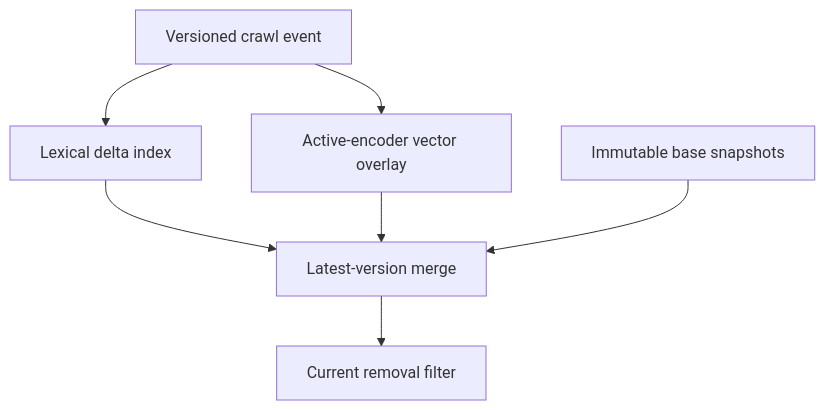
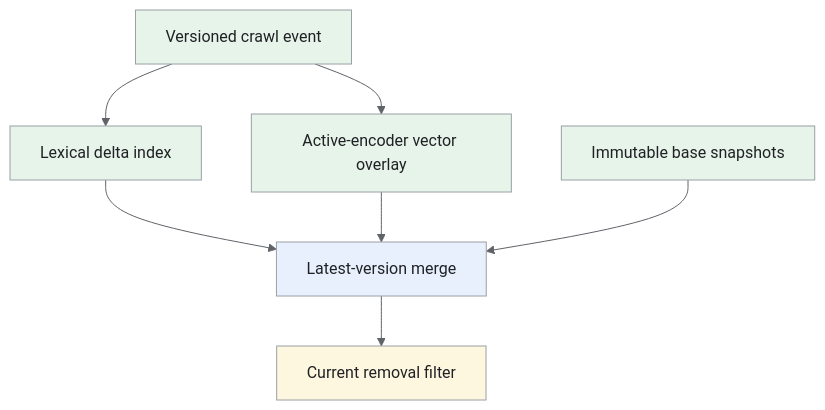
Before and after one commit to iliazlobin/iliazlobin.github.io: the fourth of 4 diagrams in _designs/system-design-ml-search-ranking-web-search.md, drawn with Mermaid. The commit also changed other lines of this file and 25 other files, not shown here.

Commit message:
docs: explain Batch B design flows and tradeoffs

````diff
--- a/_designs/system-design-ml-search-ranking-web-search.md
+++ b/_designs/system-design-ml-search-ranking-web-search.md
@@ -269,9 +331,17 @@
 ```mermaid
+%%{init: {'theme':'base','themeVariables':{'primaryColor':'#e8f0fe','primaryTextColor':'#202124','primaryBorderColor':'#9aa0a6','lineColor':'#5f6368','secondaryColor':'#e6f4ea','tertiaryColor':'#fef7e0','actorBkg':'#e8f0fe','actorBorder':'#9aa0a6','actorTextColor':'#202124','noteBkgColor':'#fef7e0','noteTextColor':'#202124','noteBorderColor':'#9aa0a6','signalColor':'#5f6368','signalTextColor':'#202124','labelBoxBkgColor':'#fef7e0','labelBoxBorderColor':'#9aa0a6'}}}%%
 flowchart TB
     E["Versioned crawl event"] --> L["Lexical delta index"]
     E --> V["Active-encoder vector overlay"]
     L --> M["Latest-version merge"]
     V --> M
     B["Immutable base snapshots"] --> M
     M --> F["Current removal filter"]
+classDef request fill:#e8f0fe,stroke:#9aa0a6,color:#202124;
+classDef data fill:#e6f4ea,stroke:#9aa0a6,color:#202124;
+classDef control fill:#fef7e0,stroke:#9aa0a6,color:#202124;
+class M request;
+class E,L,V,B data;
+class F control;
+
 ```
````
